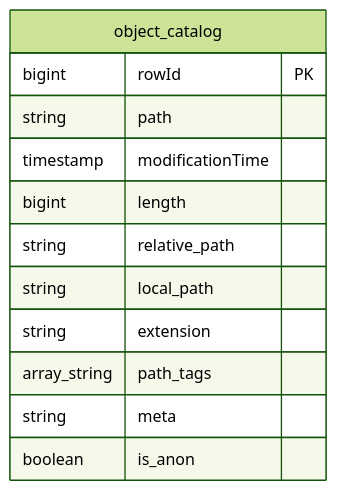
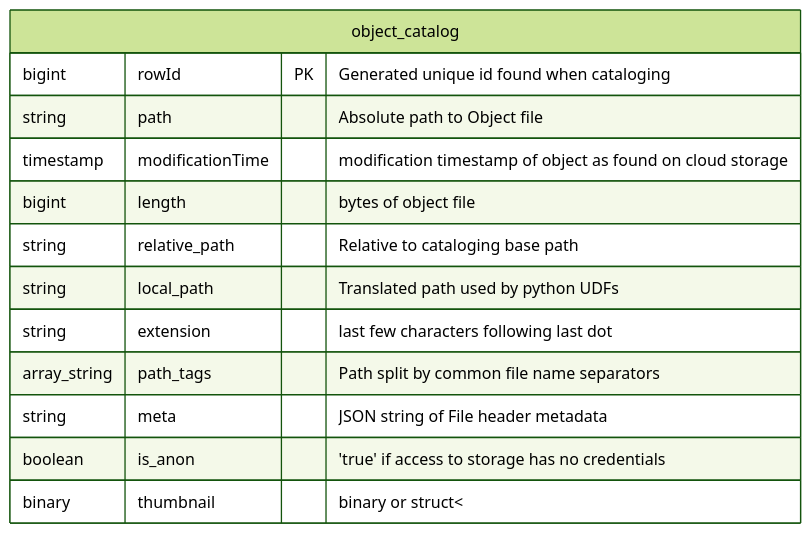
Before and after one commit to databricks-industry-solutions/pixels: the third of 3 diagrams in README.md, drawn with Mermaid. The commit also changed other lines of this file, not shown here.

````diff
--- a/README.md
+++ b/README.md
@@ -110,17 +110,18 @@
 ```mermaid
 %%{init: { 'logLevel': 'debug', 'theme': 'forest' } }%%
 erDiagram
     object_catalog
     object_catalog {
-      bigint	rowId PK
-      string	path
-      timestamp	modificationTime
-      bigint	length
-      string	relative_path
-      string	local_path
-      string	extension
-      array_string	path_tags
-      string	meta
-      boolean	is_anon
+      bigint	rowId PK            "Generated unique id found when cataloging"
+      string	path                "Absolute path to Object file"
+      timestamp	modificationTime  "modification timestamp of object as found on cloud storage"
+      bigint	length              "bytes of object file"
+      string	relative_path       "Relative to cataloging base path"
+      string	local_path          "Translated path used by python UDFs"
+      string	extension           "last few characters following last dot"
+      array_string	path_tags     "Path split by common file name separators"
+      string	meta                "JSON string of File header metadata"
+      boolean	is_anon             "'true' if access to storage has no credentials"
+      binary  thumbnail           "binary or struct<<origin:string,height:int,width:int,nChannels:int,mode:int,data:binary>"
     }
 ```
````
